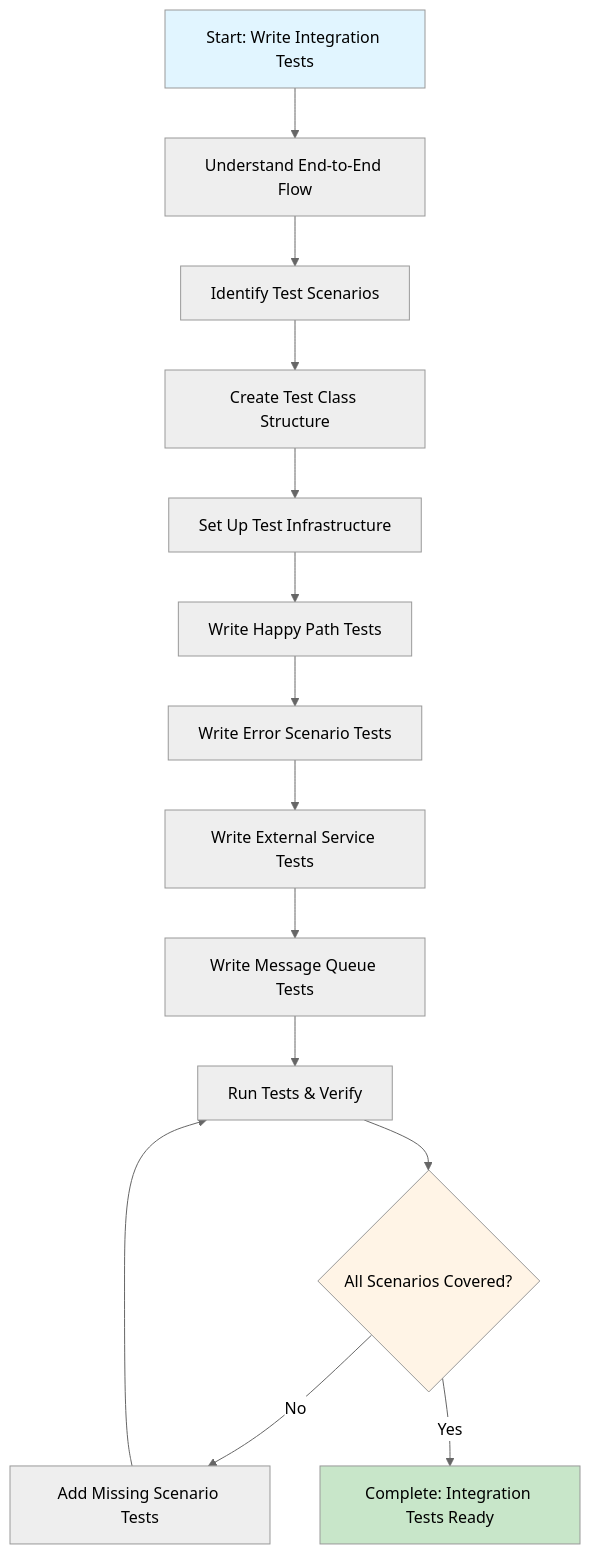
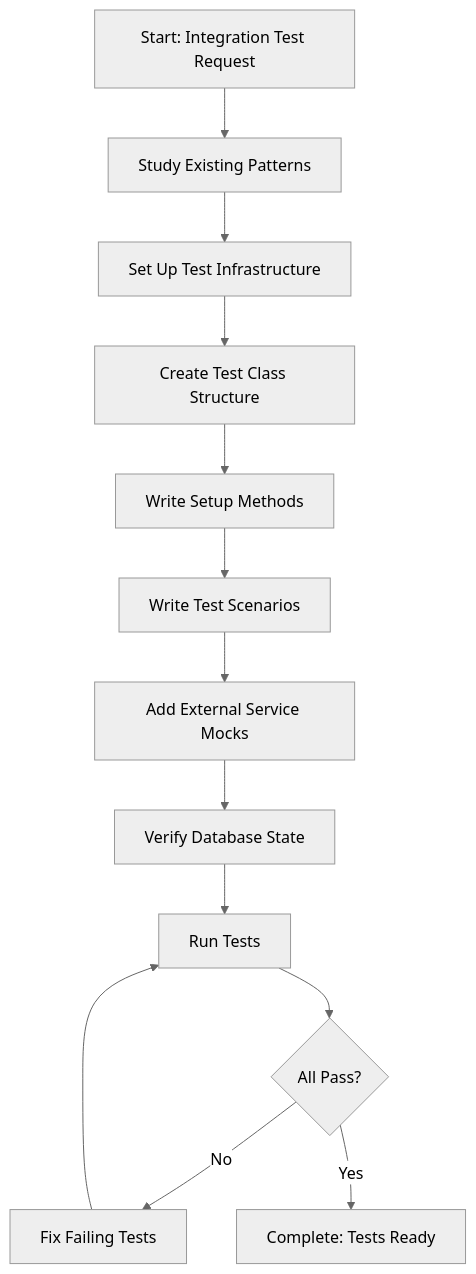
The diagram in .processes/steps/testing/write-integration-tests-api.md (HMTools/agentic-processes), drawn with Mermaid (neutral theme) before and after one commit. The commit also changed other lines of this file and 73 other files, not shown here.

````diff
--- a/.processes/steps/testing/write-integration-tests-api.md
+++ b/.processes/steps/testing/write-integration-tests-api.md
@@ -49,20 +68,15 @@
 ```mermaid
 flowchart TD
-    A[Start: Write Integration Tests] --> B[Understand End-to-End Flow]
-    B --> C[Identify Test Scenarios]
+    A[Start: Integration Test Request] --> B[Study Existing Patterns]
+    B --> C[Set Up Test Infrastructure]
     C --> D[Create Test Class Structure]
-    D --> E[Set Up Test Infrastructure]
-    E --> F[Write Happy Path Tests]
-    F --> G[Write Error Scenario Tests]
-    G --> H[Write External Service Tests]
-    H --> I[Write Message Queue Tests]
-    I --> J[Run Tests & Verify]
-    J --> K{All Scenarios Covered?}
-    K -->|No| L[Add Missing Scenario Tests]
-    L --> J
-    K -->|Yes| M[Complete: Integration Tests Ready]
-    
-    style A fill:#e1f5ff
-    style M fill:#c8e6c9
-    style K fill:#fff4e6
+    D --> E[Write Setup Methods]
+    E --> F[Write Test Scenarios]
+    F --> G[Add External Service Mocks]
+    G --> H[Verify Database State]
+    H --> I[Run Tests]
+    I --> J{All Pass?}
+    J -->|No| K[Fix Failing Tests]
+    K --> I
+    J -->|Yes| L[Complete: Tests Ready]
 ```
````
